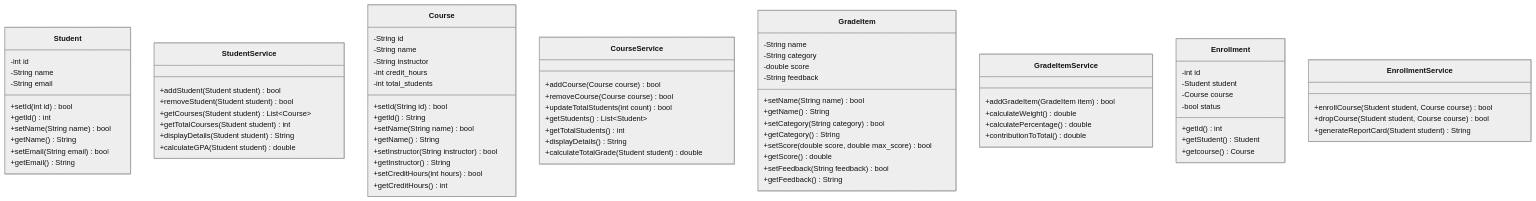
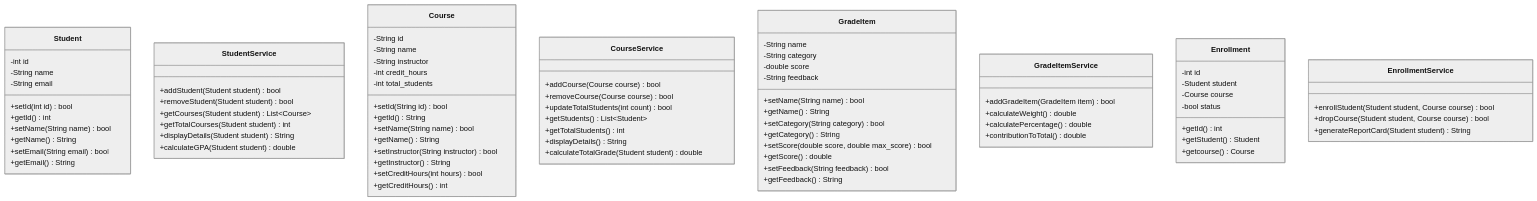
One commit to Darth-218/Student-Grading-System changed the diagram in README.md. Above: the diagram before and after it, drawn with Mermaid (neutral theme). The commit also changed other lines of this file, not shown here.

```diff
--- a/README.md
+++ b/README.md
@@ -84,7 +84,7 @@
     }
 
     class EnrollmentService {
-        +enrollCourse(Student student, Course course) bool
+        +enrollStudent(Student student, Course course) bool
         +dropCourse(Student student, Course course) bool
         +generateReportCard(Student student) String
     }
```
